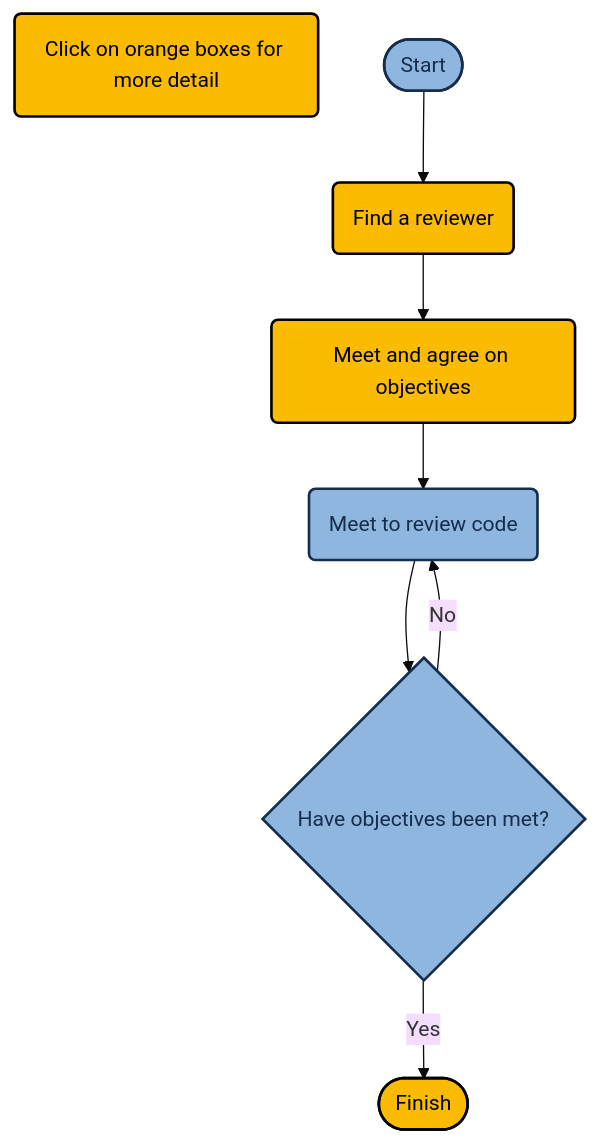
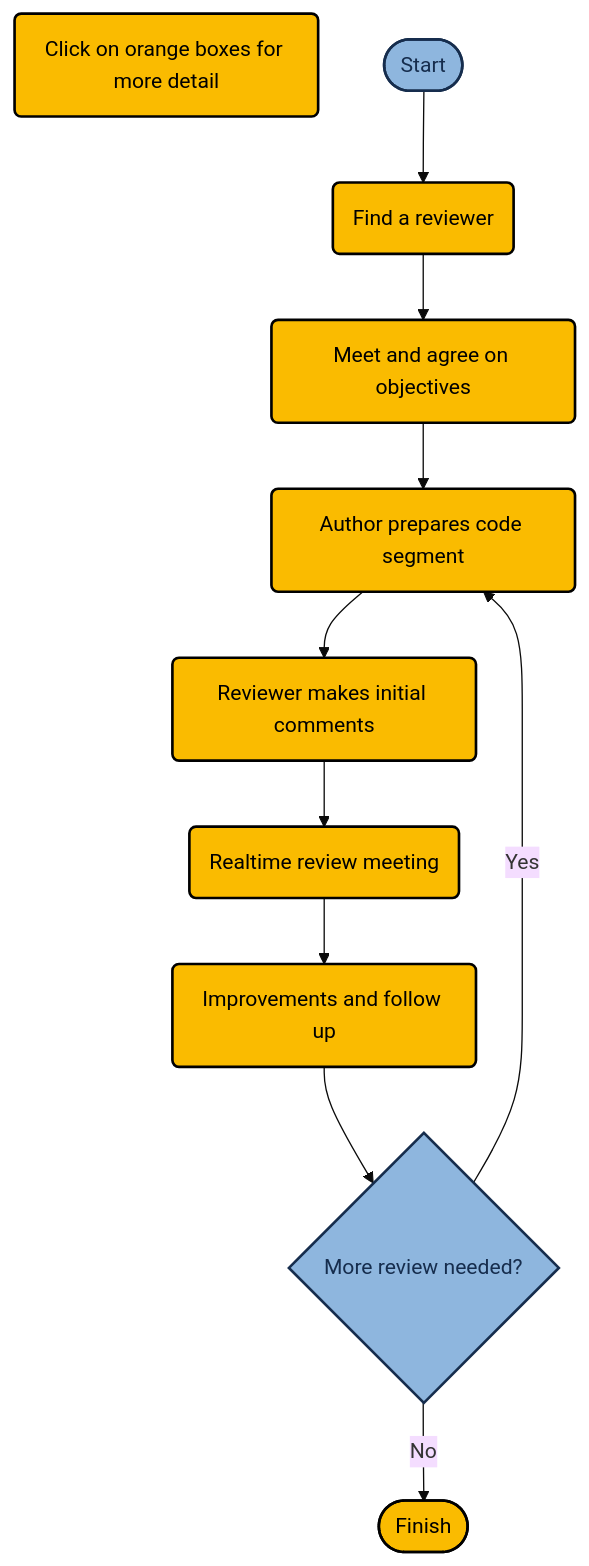
The diagram in site/content/flowcharts/lonecoder.md (ResearchCodeReviewCommunity/dev-review), drawn with Mermaid (base theme) before and after one commit. The commit also changed other lines of this file, not shown here.

Commit message:
Expand high-level flow chart slightly

```diff
--- a/site/content/flowcharts/lonecoder.md
+++ b/site/content/flowcharts/lonecoder.md
@@ -6,19 +6,23 @@
 {{< mermaid >}}
 %% codereview mermaid
 graph TD;
   Link(Click on orange boxes for more detail)
   A([Start]) --> B(Find a reviewer)
   B --> C(Meet and agree on objectives)
-  C --> D(Meet to review code)
-  D --> E{Have objectives been met?}
-  E -- No --> D
-  E -- Yes --> F([Finish])
+  C --> D(Author prepares code segment)
+  D --> E(Reviewer makes initial comments)
+  E --> F(Realtime review meeting)
+  F --> G(Improvements and follow up)
+  G --> H{More review needed?}
+  H -- Yes --> D
+  H -- No --> I([Finish])
 
-  click B "https://researchcodereviewcommunity.github.io/dev-review/recipes/find_a_reviewer/" "Find a reviewer"
-  click C "https://researchcodereviewcommunity.github.io/dev-review/recipes/meet_and_agree_on_objectives/" "Meet and agree on objectives"
-  click F "https://researchcodereviewcommunity.github.io/dev-review/recipes/explain_code_structure/" "Explain code structure"
+  click B "./#find-a-reviewer" "Find a reviewer"
+  click C "./#meet-and-agree-on-objectives" "Meet and agree on objectives"
+  click D,E,F,G "./#perform-code-review" "Perform Code Review"
+  click I "./#finish" "Finish"
 
   classDef default fill:#8EB6DE,stroke:#162D4D,stroke-width:2px,color:#162D4D;
   classDef linkedBox fill:#FABB00,stroke:#000,stroke-width:2px,color:#000;
-  class Link,B,C,F linkedBox
+  class Link,B,C,D,E,F,G,I linkedBox
 {{< /mermaid >}}
```
